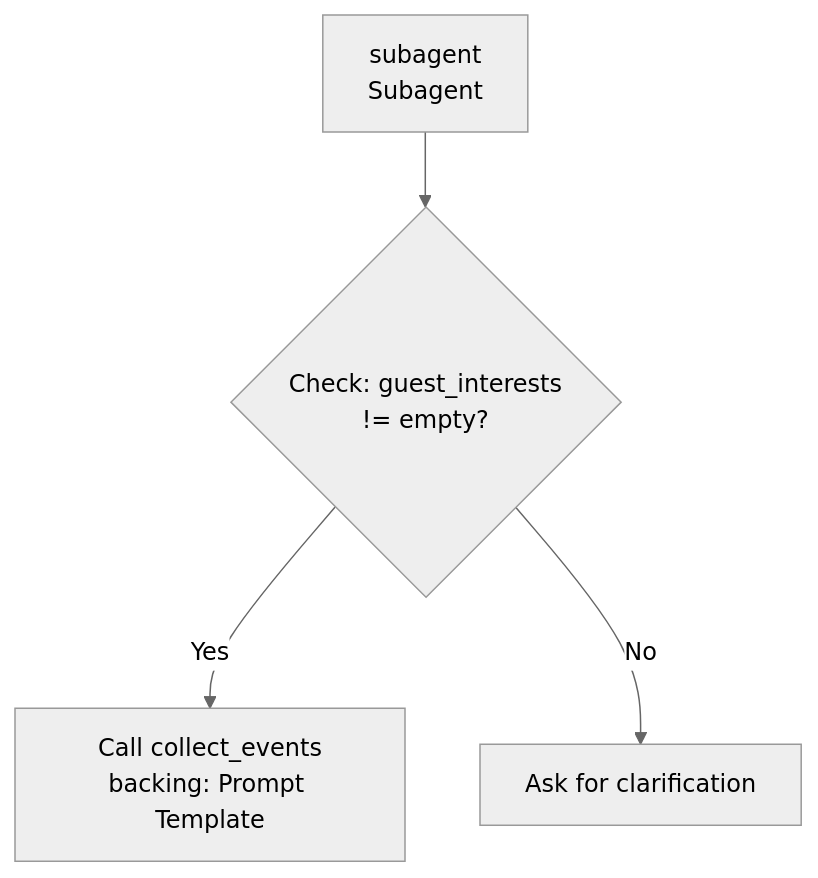
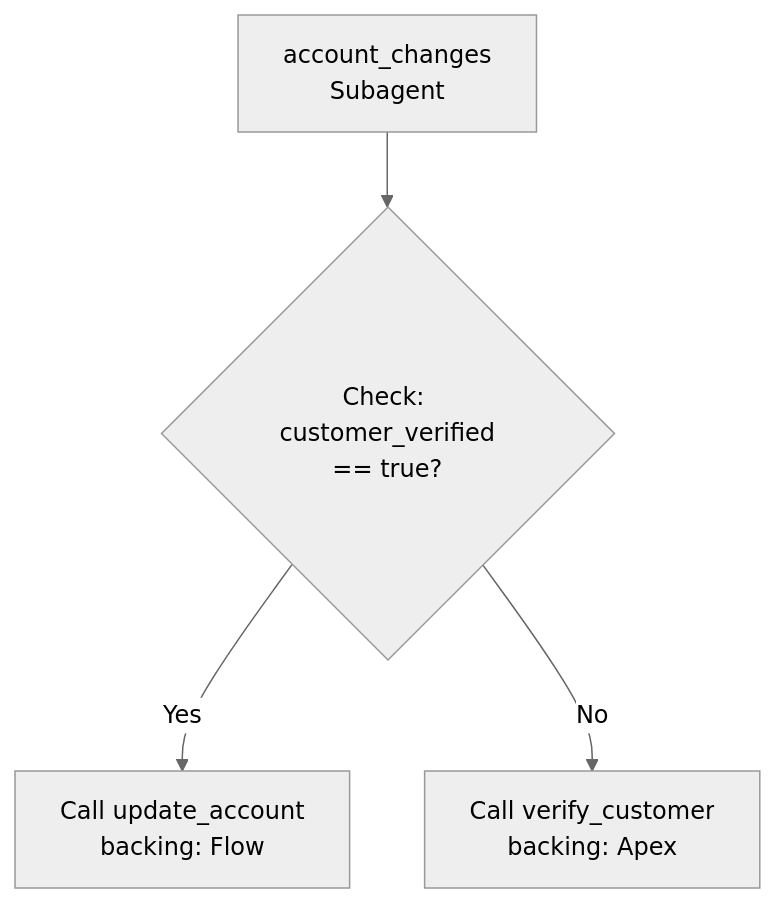
The fourth of 12 diagrams in mirrors/repos/forcedotcom@sf-skills/skills/agentforce-generate/references/agent-subagent-map-diagrams.md (gabrielmoreira/agent-skills-mirror), drawn with Mermaid before and after one commit. The commit also changed other lines of this file and 6617 other files, not shown here.

````diff
--- a/mirrors/repos/forcedotcom@sf-skills/skills/agentforce-generate/references/agent-subagent-map-diagrams.md
+++ b/mirrors/repos/forcedotcom@sf-skills/skills/agentforce-generate/references/agent-subagent-map-diagrams.md
@@ -107,7 +110,7 @@
 ```mermaid
 %%{init: {'theme':'neutral'}}%%
 graph TD
-    A[subagent<br/>Subagent] --> B{Check: guest_interests<br/>!= empty?}
-    B -->|Yes| C[Call collect_events<br/>backing: Prompt Template]
-    B -->|No| D[Ask for clarification]
+    A[account_changes<br/>Subagent] --> B{Check: customer_verified<br/>== true?}
+    B -->|Yes| C[Call update_account<br/>backing: Flow]
+    B -->|No| D[Call verify_customer<br/>backing: Apex]
 ```
````
